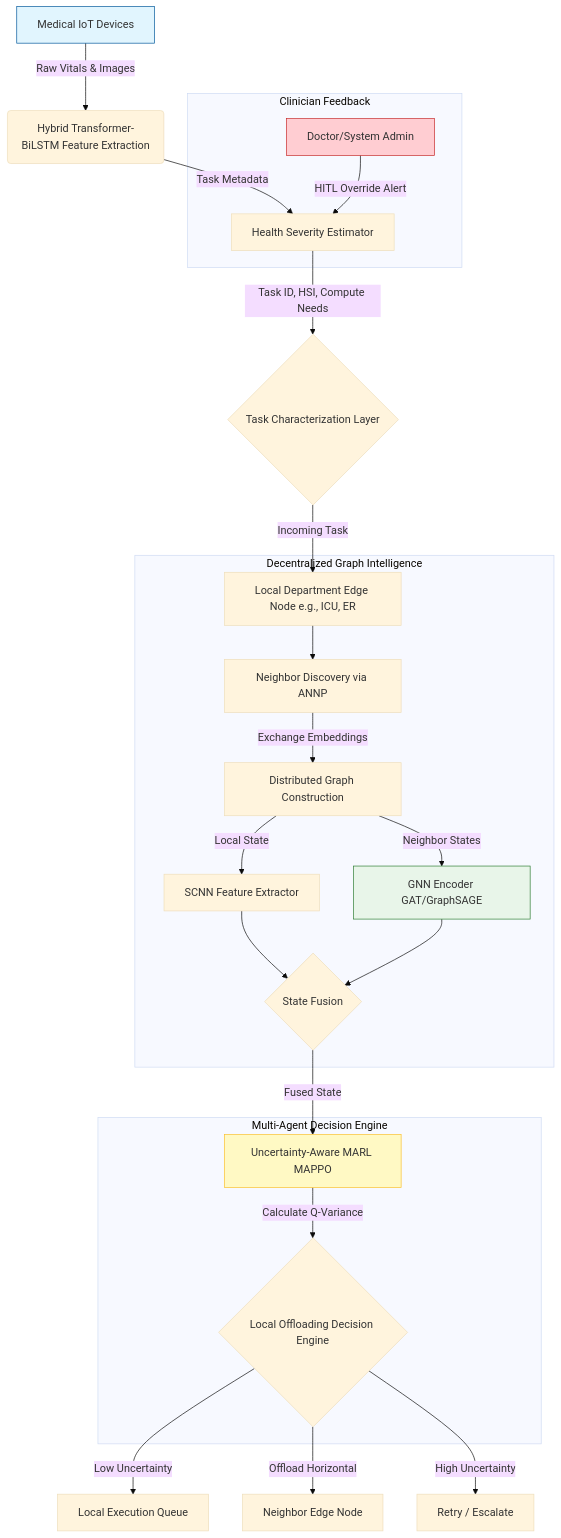
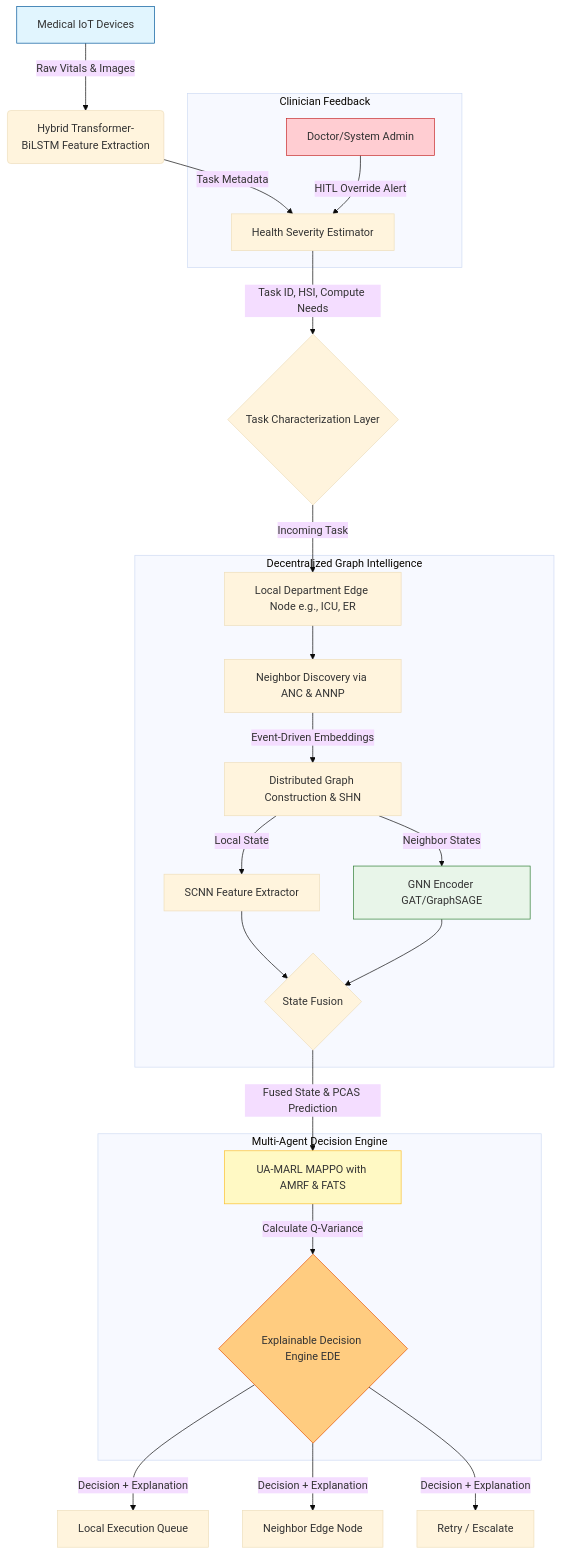
Before and after one commit to Abhishek-2027/Graph-Neural-Multi-Agent-Reinforcement-Learning-for-Fully-Decentralized-Hospital-Edge-Intelligence: the first of 2 diagrams in GraphMARL_Research_Proposal.md, drawn with Mermaid (base theme). The commit also changed other lines of this file and 3 other files, not shown here.

````diff
--- a/GraphMARL_Research_Proposal.md
+++ b/GraphMARL_Research_Proposal.md
@@ -55,34 +79,35 @@
 ```mermaid
 graph TD
     A[Medical IoT Devices] -->|Raw Vitals & Images| B(Hybrid Transformer-BiLSTM Feature Extraction)
     B -->|Task Metadata| C[Health Severity Estimator]
     C -->|Task ID, HSI, Compute Needs| D{Task Characterization Layer}
     D -->|Incoming Task| E[Local Department Edge Node e.g., ICU, ER]
     
     subgraph Clinician Feedback
     Z[Doctor/System Admin] -->|HITL Override Alert| C
     end
     
     subgraph Decentralized Graph Intelligence
-    E --> F[Neighbor Discovery via ANNP]
-    F -->|Exchange Embeddings| G[Distributed Graph Construction]
+    E --> F[Neighbor Discovery via ANC & ANNP]
+    F -->|Event-Driven Embeddings| G[Distributed Graph Construction & SHN]
     G -->|Local State| H1[SCNN Feature Extractor]
     G -->|Neighbor States| H2[GNN Encoder GAT/GraphSAGE]
     H1 --> I{State Fusion}
     H2 --> I
     end
     
     subgraph Multi-Agent Decision Engine
-    I -->|Fused State| J[Uncertainty-Aware MARL MAPPO]
-    J -->|Calculate Q-Variance| K{Local Offloading Decision Engine}
+    I -->|Fused State & PCAS Prediction| J[UA-MARL MAPPO with AMRF & FATS]
+    J -->|Calculate Q-Variance| K{Explainable Decision Engine EDE}
     end
     
-    K -->|Low Uncertainty| L[Local Execution Queue]
-    K -->|Offload Horizontal| M[Neighbor Edge Node]
-    K -->|High Uncertainty| N[Retry / Escalate]
+    K -->|Decision + Explanation| L[Local Execution Queue]
+    K -->|Decision + Explanation| M[Neighbor Edge Node]
+    K -->|Decision + Explanation| N[Retry / Escalate]
     
     style A fill:#e1f5fe,stroke:#01579b
     style J fill:#fff9c4,stroke:#fbc02d
     style H2 fill:#e8f5e9,stroke:#2e7d32
     style Z fill:#ffcdd2,stroke:#c62828
+    style K fill:#ffcc80,stroke:#e65100
 ```
````
